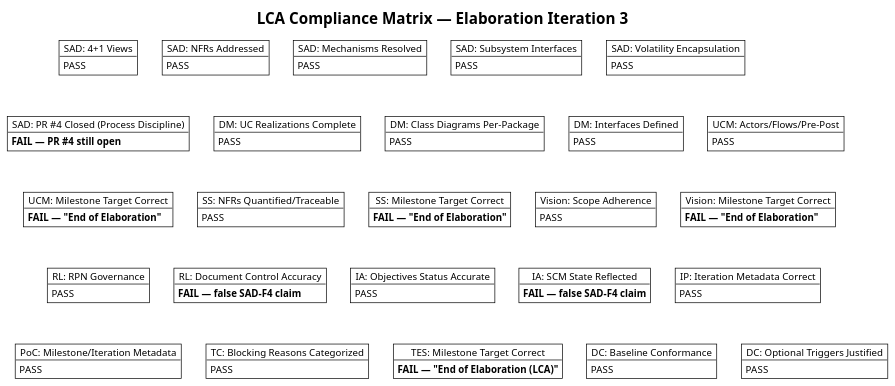
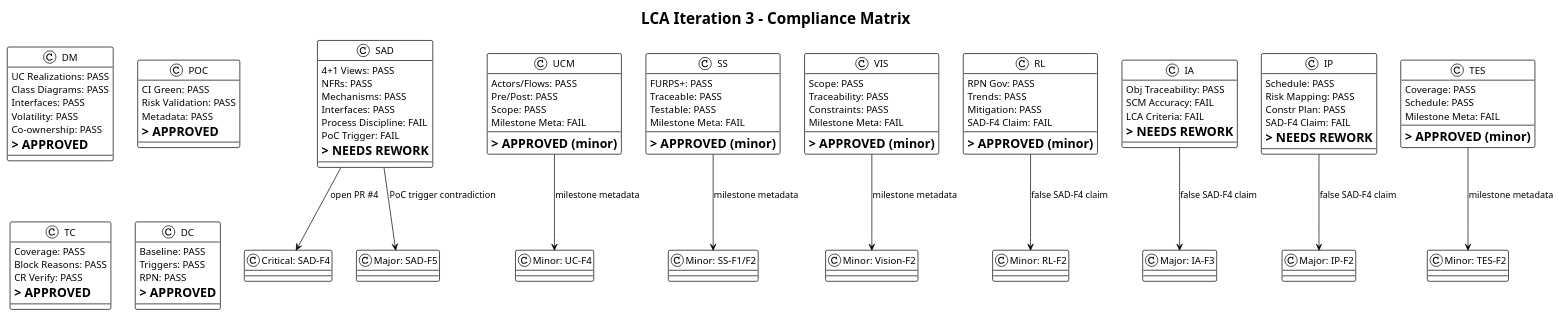
One commit to banense-test/demo-janke-lab changed the first of 2 diagrams in docs/artifacts/project-management/review-record.md. Above: the diagram before and after it, drawn with PlantUML. The commit also changed other lines of this file, not shown here.

````diff
--- a/docs/artifacts/project-management/review-record.md
+++ b/docs/artifacts/project-management/review-record.md
@@ -198,59 +44,111 @@
 ```plantuml
 @startuml
 !theme plain
-title LCA Compliance Matrix — Elaboration Iteration 3
+title LCA Iteration 3 - Compliance Matrix
 
-object "SAD: 4+1 Views" as C1
-object "SAD: NFRs Addressed" as C2
-object "SAD: Mechanisms Resolved" as C3
-object "SAD: Subsystem Interfaces" as C4
-object "SAD: Volatility Encapsulation" as C5
-object "SAD: PR #4 Closed (Process Discipline)" as C6
-object "DM: UC Realizations Complete" as C7
-object "DM: Class Diagrams Per-Package" as C8
-object "DM: Interfaces Defined" as C9
-object "UCM: Actors/Flows/Pre-Post" as C10
-object "UCM: Milestone Target Correct" as C11
-object "SS: NFRs Quantified/Traceable" as C12
-object "SS: Milestone Target Correct" as C13
-object "Vision: Scope Adherence" as C14
-object "Vision: Milestone Target Correct" as C15
-object "RL: RPN Governance" as C16
-object "RL: Document Control Accuracy" as C17
-object "IA: Objectives Status Accurate" as C18
-object "IA: SCM State Reflected" as C19
-object "IP: Iteration Metadata Correct" as C20
-object "PoC: Milestone/Iteration Metadata" as C21
-object "TC: Blocking Reasons Categorized" as C22
-object "TES: Milestone Target Correct" as C23
-object "DC: Baseline Conformance" as C24
-object "DC: Optional Triggers Justified" as C25
+class SAD {
+  4+1 Views: PASS
+  NFRs: PASS
+  Mechanisms: PASS
+  Interfaces: PASS
+  Process Discipline: FAIL
+  PoC Trigger: FAIL
+  => NEEDS REWORK
+}
 
-C1 : PASS
-C2 : PASS
-C3 : PASS
-C4 : PASS
-C5 : PASS
-C6 : **FAIL — PR #4 still open**
-C7 : PASS
-C8 : PASS
-C9 : PASS
-C10 : PASS
-C11 : **FAIL — "End of Elaboration"**
-C12 : PASS
-C13 : **FAIL — "End of Elaboration"**
-C14 : PASS
-C15 : **FAIL — "End of Elaboration"**
-C16 : PASS
-C17 : **FAIL — false SAD-F4 claim**
-C18 : PASS
-C19 : **FAIL — false SAD-F4 claim**
-C20 : PASS
-C21 : PASS
-C22 : PASS
-C23 : **FAIL — "End of Elaboration (LCA)"**
-C24 : PASS
-C25 : PASS
+class DM {
+  UC Realizations: PASS
+  Class Diagrams: PASS
+  Interfaces: PASS
+  Volatility: PASS
+  Co-ownership: PASS
+  => APPROVED
+}
+
+class UCM {
+  Actors/Flows: PASS
+  Pre/Post: PASS
+  Scope: PASS
+  Milestone Meta: FAIL
+  => APPROVED (minor)
+}
+
+class SS {
+  FURPS+: PASS
+  Traceable: PASS
+  Testable: PASS
+  Milestone Meta: FAIL
+  => APPROVED (minor)
+}
+
+class VIS {
+  Scope: PASS
+  Traceability: PASS
+  Constraints: PASS
+  Milestone Meta: FAIL
+  => APPROVED (minor)
+}
+
+class RL {
+  RPN Gov: PASS
+  Trends: PASS
+  Mitigation: PASS
+  SAD-F4 Claim: FAIL
+  => APPROVED (minor)
+}
+
+class IA {
+  Obj Traceability: PASS
+  SCM Accuracy: FAIL
+  LCA Criteria: FAIL
+  => NEEDS REWORK
+}
+
+class IP {
+  Schedule: PASS
+  Risk Mapping: PASS
+  Constr Plan: PASS
+  SAD-F4 Claim: FAIL
+  => NEEDS REWORK
+}
+
+class POC {
+  CI Green: PASS
+  Risk Validation: PASS
+  Metadata: PASS
+  => APPROVED
+}
+
+class TC {
+  Coverage: PASS
+  Block Reasons: PASS
+  CR Verify: PASS
+  => APPROVED
+}
+
+class TES {
+  Coverage: PASS
+  Schedule: PASS
+  Milestone Meta: FAIL
+  => APPROVED (minor)
+}
+
+class DC {
+  Baseline: PASS
+  Triggers: PASS
+  RPN: PASS
+  => APPROVED
+}
+
+SAD --> "Critical: SAD-F4" : open PR #4
+SAD --> "Major: SAD-F5" : PoC trigger contradiction
+UCM --> "Minor: UC-F4" : milestone metadata
+SS --> "Minor: SS-F1/F2" : milestone metadata
+VIS --> "Minor: Vision-F2" : milestone metadata
+RL --> "Minor: RL-F2" : false SAD-F4 claim
+IA --> "Major: IA-F3" : false SAD-F4 claim
+IP --> "Major: IP-F2" : false SAD-F4 claim
+TES --> "Minor: TES-F2" : milestone metadata
 
 @enduml
 ```
````
